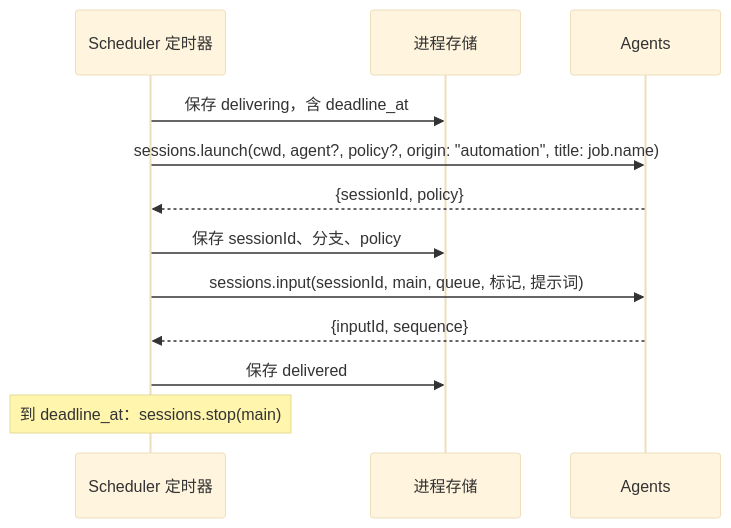
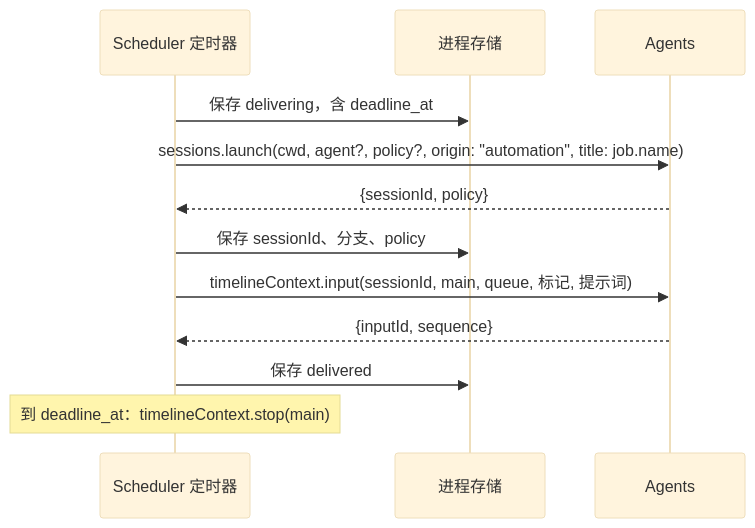
One commit to arcships/dim changed the fourth of 5 diagrams in docs/zh/design/plugins/Scheduler.md. Above: the diagram before and after it, drawn with Mermaid (base theme). The commit also changed other lines of this file and 142 other files, not shown here.

````diff
--- a/docs/zh/design/plugins/Scheduler.md
+++ b/docs/zh/design/plugins/Scheduler.md
@@ -204,14 +208,14 @@
 ```mermaid
 sequenceDiagram
   participant T as Scheduler 定时器
   participant ST as 进程存储
   participant AG as Agents
   T->>ST: 保存 delivering，含 deadline_at
   T->>AG: sessions.launch(cwd, agent?, policy?, origin: "automation", title: job.name)
   AG-->>T: {sessionId, policy}
   T->>ST: 保存 sessionId、分支、policy
-  T->>AG: sessions.input(sessionId, main, queue, 标记, 提示词)
+  T->>AG: timelineContext.input(sessionId, main, queue, 标记, 提示词)
   AG-->>T: {inputId, sequence}
   T->>ST: 保存 delivered
-  Note over T: 到 deadline_at：sessions.stop(main)
+  Note over T: 到 deadline_at：timelineContext.stop(main)
 ```
````
